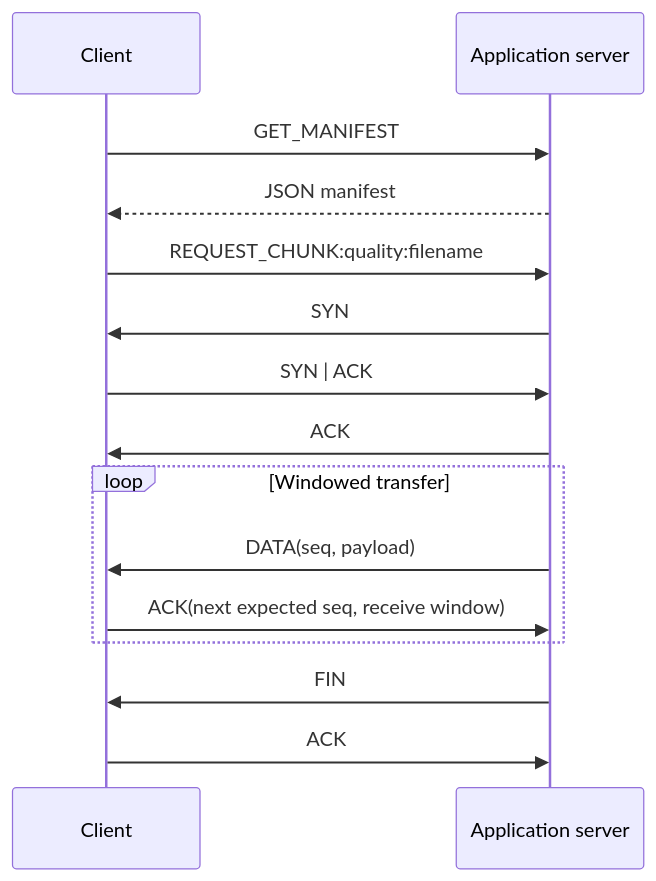
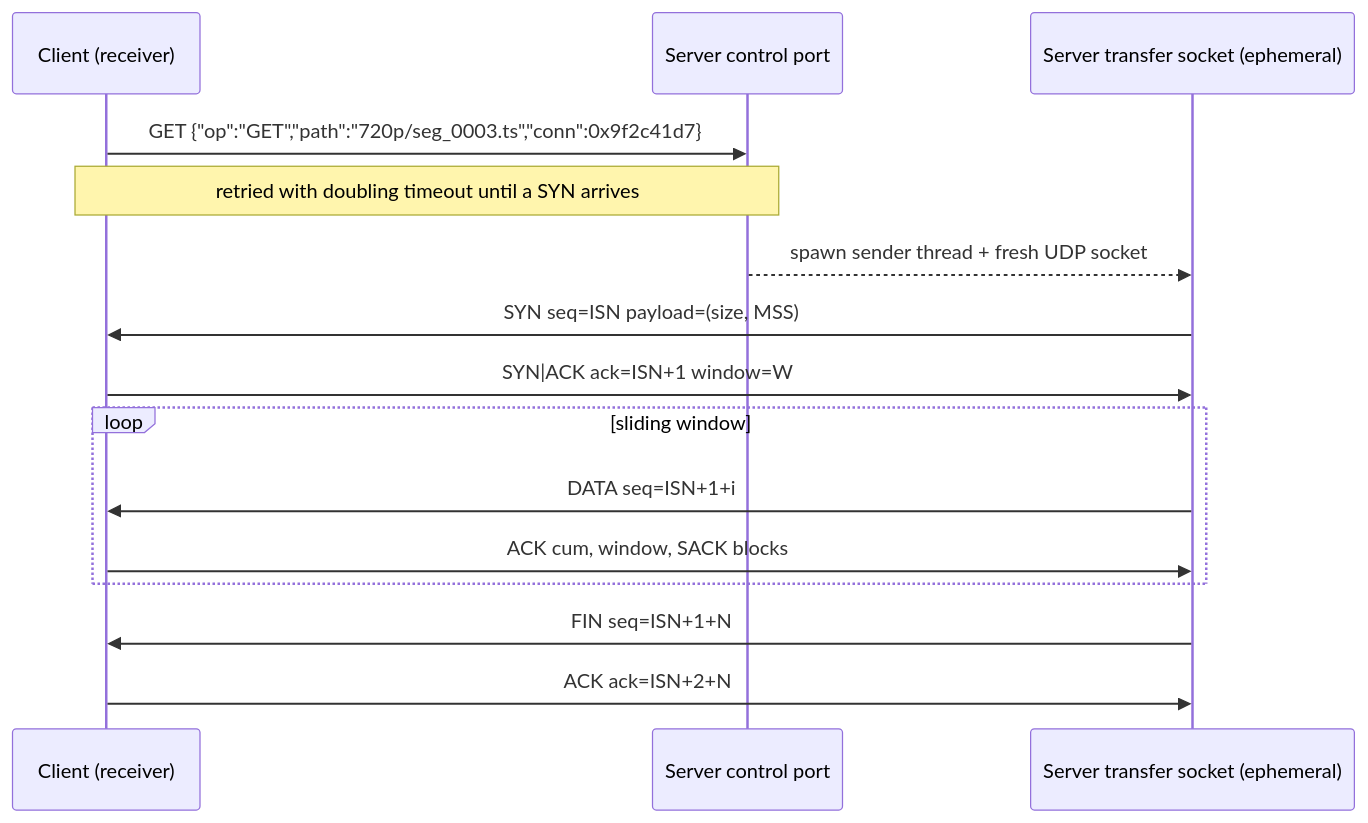
Before and after one commit to Ori-Marom/streamlink-rudp: the diagram in docs/PROTOCOL.md, drawn with Mermaid. The commit also changed other lines of this file and 32 other files, not shown here.

````diff
--- a/docs/PROTOCOL.md
+++ b/docs/PROTOCOL.md
@@ -28,17 +11,17 @@
 ```mermaid
 sequenceDiagram
-    participant C as Client
-    participant S as Application server
-    C->>S: GET_MANIFEST
-    S-->>C: JSON manifest
-    C->>S: REQUEST_CHUNK:quality:filename
-    S->>C: SYN
-    C->>S: SYN | ACK
-    S->>C: ACK
-    loop Windowed transfer
-        S->>C: DATA(seq, payload)
-        C->>S: ACK(next expected seq, receive window)
+    participant C as Client (receiver)
+    participant S as Server control port
+    participant T as Server transfer socket (ephemeral)
+    C->>S: GET {"op":"GET","path":"720p/seg_0003.ts","conn":0x9f2c41d7}
+    Note over C,S: retried with doubling timeout until a SYN arrives
+    S-->>T: spawn sender thread + fresh UDP socket
+    T->>C: SYN  seq=ISN  payload=(size, MSS)
+    C->>T: SYN|ACK  ack=ISN+1  window=W
+    loop sliding window
+        T->>C: DATA seq=ISN+1+i
+        C->>T: ACK cum, window, SACK blocks
     end
-    S->>C: FIN
-    C->>S: ACK
+    T->>C: FIN seq=ISN+1+N
+    C->>T: ACK ack=ISN+2+N
 ```
````
